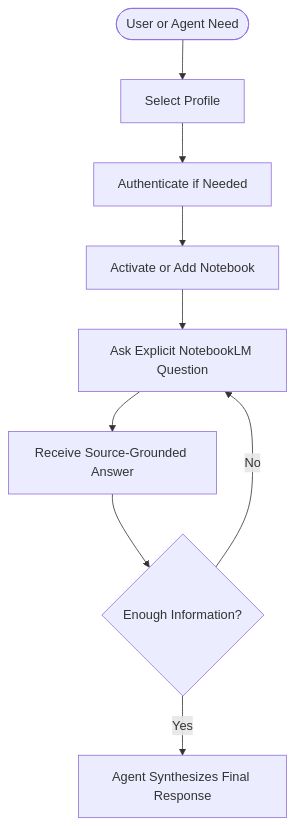
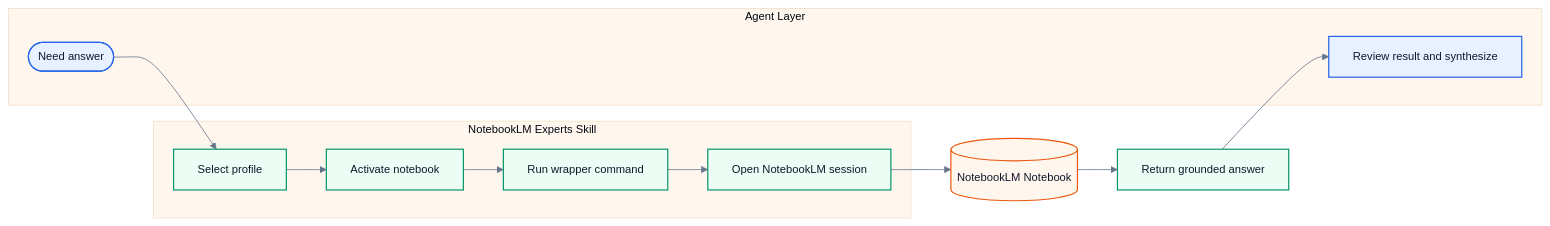
One commit to khengyun/notebooklm-experts-skill changed the diagram in README.md. Above: the diagram before and after it, drawn with Mermaid. The commit also changed other lines of this file, not shown here.

````diff
--- a/README.md
+++ b/README.md
@@ -53,11 +21,28 @@
 ```mermaid
-flowchart TD
-	A([User or Agent Need]) --> B[Select Profile]
-	B --> C[Authenticate if Needed]
-	C --> D[Activate or Add Notebook]
-	D --> E[Ask Explicit NotebookLM Question]
-	E --> F[Receive Source-Grounded Answer]
-	F --> G{Enough Information?}
-	G -->|No| E
-	G -->|Yes| H[Agent Synthesizes Final Response]
+%%{init: {"theme": "base", "themeVariables": {"primaryColor": "#E8F1FF", "primaryTextColor": "#0F172A", "primaryBorderColor": "#2563EB", "secondaryColor": "#ECFDF5", "tertiaryColor": "#FFF7ED", "lineColor": "#64748B", "fontSize": "14px"}}}%%
+flowchart LR
+    subgraph Agent[Agent Layer]
+        A([Need answer])
+        H[Review result and synthesize]
+    end
+
+    subgraph Skill[NotebookLM Experts Skill]
+        B[Select profile]
+        C[Activate notebook]
+        D[Run wrapper command]
+        E[Open NotebookLM session]
+    end
+
+    F[(NotebookLM Notebook)]
+    G[Return grounded answer]
+
+    A --> B --> C --> D --> E --> F --> G --> H
+
+    classDef agent fill:#E8F1FF,stroke:#2563EB,color:#0F172A,stroke-width:1.5px;
+    classDef skill fill:#ECFDF5,stroke:#059669,color:#0F172A,stroke-width:1.5px;
+    classDef notebook fill:#FFF7ED,stroke:#EA580C,color:#0F172A,stroke-width:1.5px;
+
+    class A,H agent;
+    class B,C,D,E,G skill;
+    class F notebook;
 ```
````
